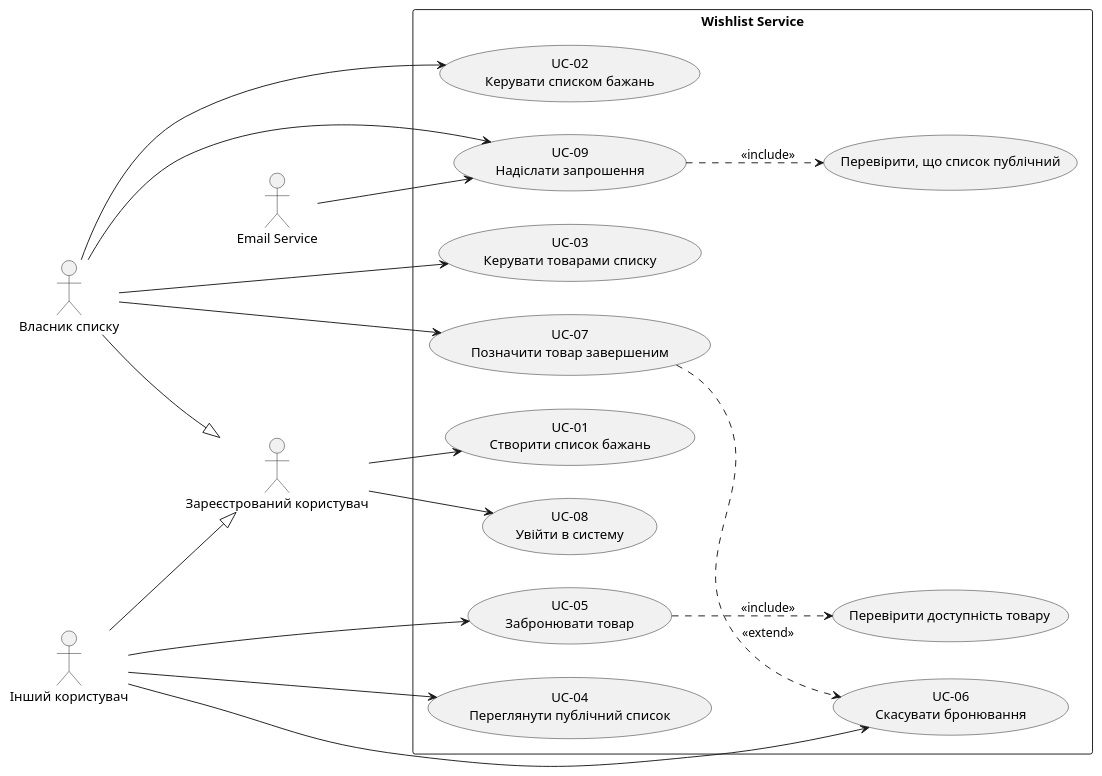
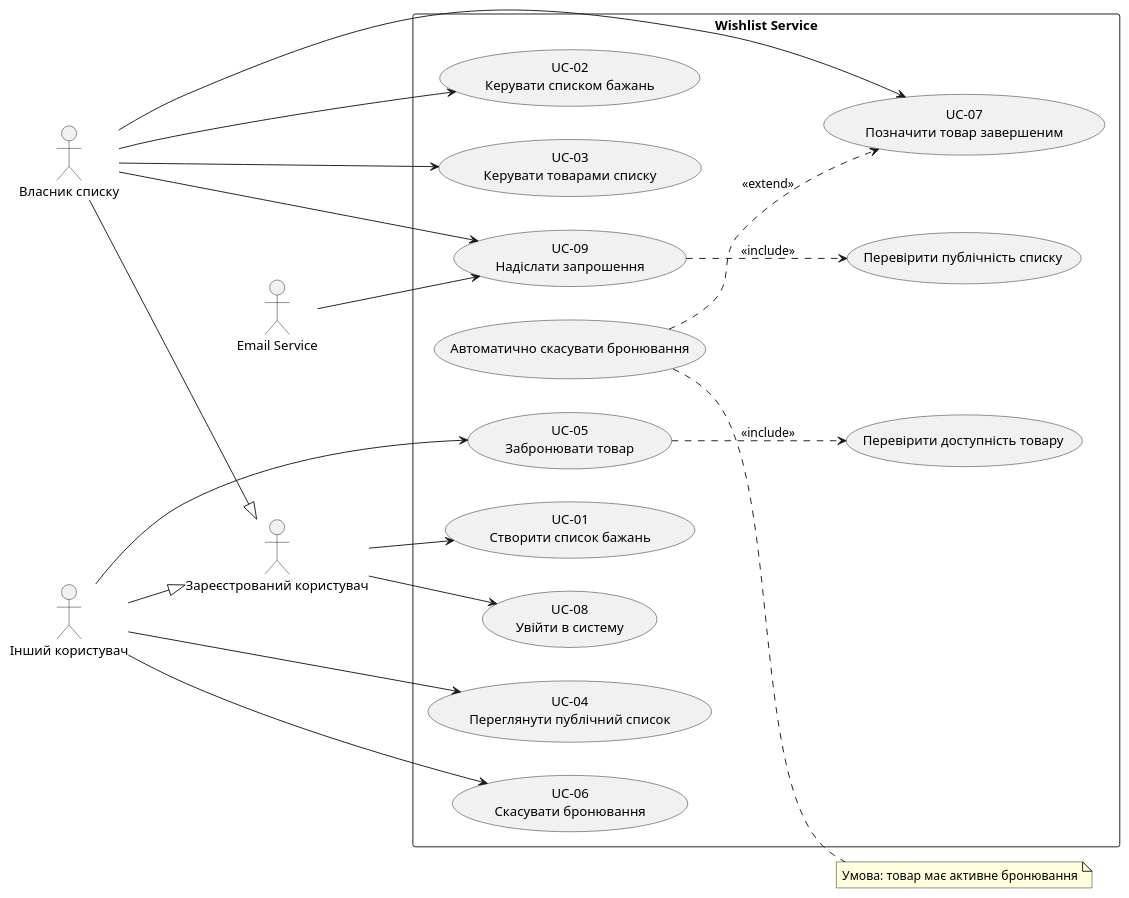
One commit to Mariagosp/kpi-labs changed the diagram in lab2/use-case-diagram.puml. Above: the diagram before and after it, drawn with PlantUML. The commit also changed 7 other files, not shown here.

```diff
--- a/lab2/use-case-diagram.puml
+++ b/lab2/use-case-diagram.puml
@@ -2,44 +2,49 @@
 @startuml
 left to right direction
 
 actor "Зареєстрований користувач" as User
 actor "Власник списку" as Owner
 actor "Інший користувач" as OtherUser
 actor "Email Service" as Email
 
 Owner --|> User
 OtherUser --|> User
 
 rectangle "Wishlist Service" {
     usecase "UC-01\nСтворити список бажань" as UC01
     usecase "UC-02\nКерувати списком бажань" as UC02
     usecase "UC-03\nКерувати товарами списку" as UC03
     usecase "UC-04\nПереглянути публічний список" as UC04
     usecase "UC-05\nЗабронювати товар" as UC05
     usecase "UC-06\nСкасувати бронювання" as UC06
     usecase "UC-07\nПозначити товар завершеним" as UC07
     usecase "UC-08\nУвійти в систему" as UC08
     usecase "UC-09\nНадіслати запрошення" as UC09
     usecase "Перевірити доступність товару" as CheckItem
-    usecase "Перевірити, що список публічний" as CheckPublic
+    usecase "Перевірити публічність списку" as CheckPublic
+    usecase "Автоматично скасувати бронювання" as CancelOnComplete
 }
 
 User --> UC01
 User --> UC08
 
 Owner --> UC02
 Owner --> UC03
 Owner --> UC07
 Owner --> UC09
 
 OtherUser --> UC04
 OtherUser --> UC05
 OtherUser --> UC06
 
 Email --> UC09
 
 UC05 ..> CheckItem : <<include>>
 UC09 ..> CheckPublic : <<include>>
-UC07 ..> UC06 : <<extend>>
+CancelOnComplete ..> UC07 : <<extend>>
+
+note right of CancelOnComplete
+  Умова: товар має активне бронювання
+end note
 
 @enduml
```
